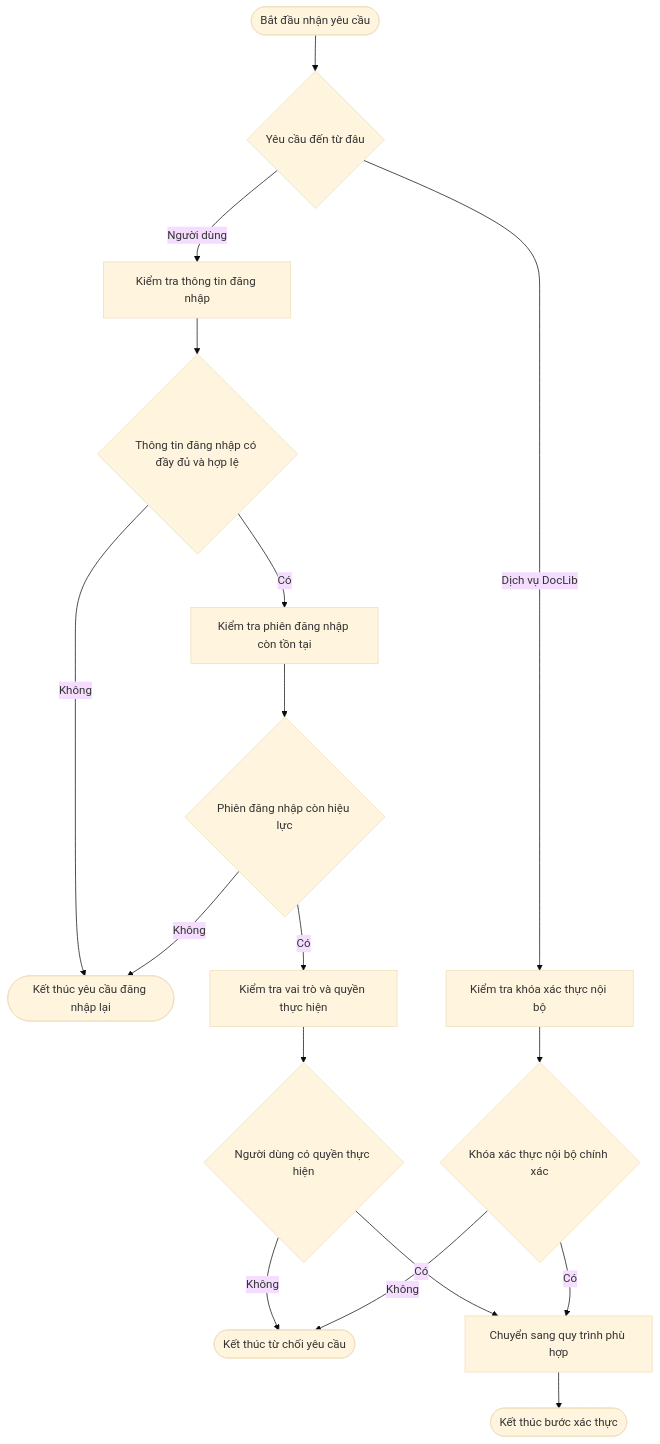
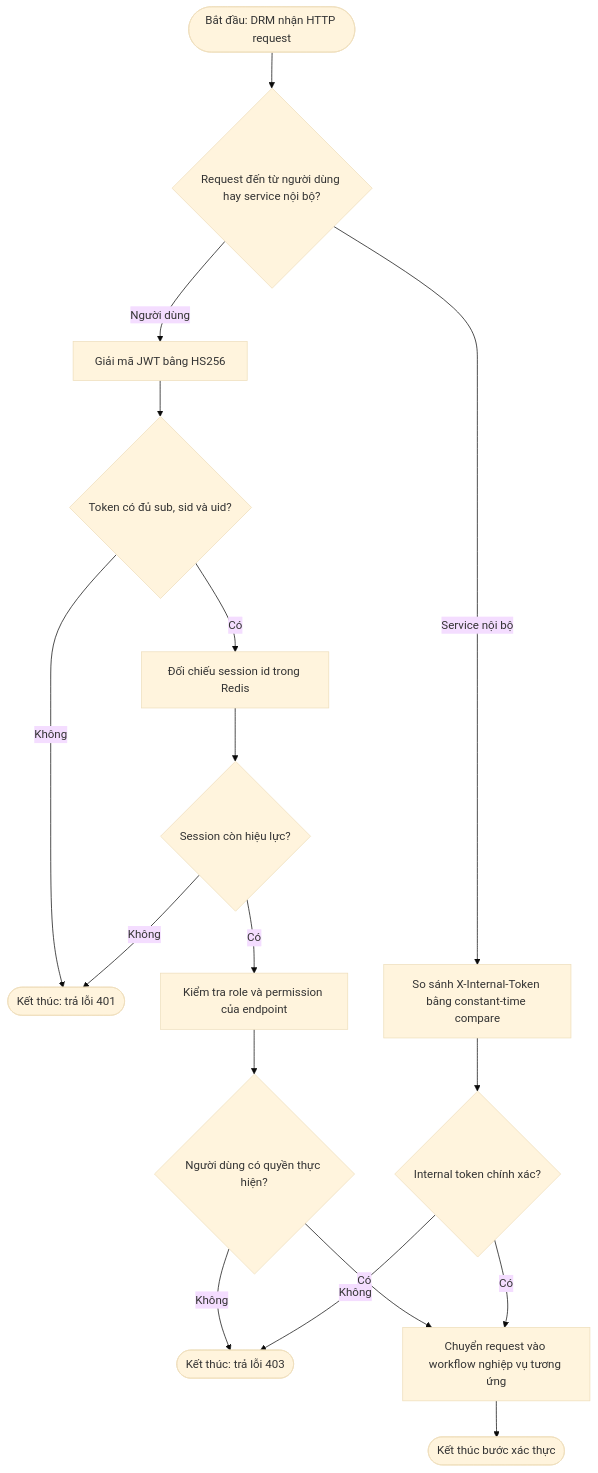
One commit to MinTruqday/dl changed the second of 10 diagrams in drm_full_workflow_guide.md. Above: the diagram before and after it, drawn with Mermaid (base theme). The commit also changed other lines of this file and 78 other files, not shown here.

````diff
--- a/drm_full_workflow_guide.md
+++ b/drm_full_workflow_guide.md
@@ -87,19 +48,19 @@
 ```mermaid
 flowchart TD
-    Start([Bắt đầu nhận yêu cầu]) --> RequestType{Yêu cầu đến từ đâu}
-    RequestType -->|Người dùng| DecodeJWT[Kiểm tra thông tin đăng nhập]
-    DecodeJWT --> ValidClaims{Thông tin đăng nhập có đầy đủ và hợp lệ}
-    ValidClaims -->|Không| Unauthorized([Kết thúc yêu cầu đăng nhập lại])
-    ValidClaims -->|Có| CheckSession[Kiểm tra phiên đăng nhập còn tồn tại]
-    CheckSession --> ActiveSession{Phiên đăng nhập còn hiệu lực}
+    Start([Bắt đầu: DRM nhận HTTP request]) --> RequestType{Request đến từ người dùng hay service nội bộ?}
+    RequestType -->|Người dùng| DecodeJWT[Giải mã JWT bằng HS256]
+    DecodeJWT --> ValidClaims{Token có đủ sub, sid và uid?}
+    ValidClaims -->|Không| Unauthorized([Kết thúc: trả lỗi 401])
+    ValidClaims -->|Có| CheckSession[Đối chiếu session id trong Redis]
+    CheckSession --> ActiveSession{Session còn hiệu lực?}
     ActiveSession -->|Không| Unauthorized
-    ActiveSession -->|Có| CheckPermission[Kiểm tra vai trò và quyền thực hiện]
-    CheckPermission --> Allowed{Người dùng có quyền thực hiện}
-    Allowed -->|Không| Forbidden([Kết thúc từ chối yêu cầu])
-    Allowed -->|Có| Continue[Chuyển sang quy trình phù hợp]
-    RequestType -->|Dịch vụ DocLib| CompareToken[Kiểm tra khóa xác thực nội bộ]
-    CompareToken --> ValidInternalToken{Khóa xác thực nội bộ chính xác}
+    ActiveSession -->|Có| CheckPermission[Kiểm tra role và permission của endpoint]
+    CheckPermission --> Allowed{Người dùng có quyền thực hiện?}
+    Allowed -->|Không| Forbidden([Kết thúc: trả lỗi 403])
+    Allowed -->|Có| Continue[Chuyển request vào workflow nghiệp vụ tương ứng]
+    RequestType -->|Service nội bộ| CompareToken[So sánh X-Internal-Token bằng constant-time compare]
+    CompareToken --> ValidInternalToken{Internal token chính xác?}
     ValidInternalToken -->|Không| Forbidden
     ValidInternalToken -->|Có| Continue
     Continue --> End([Kết thúc bước xác thực])
 ```
````
